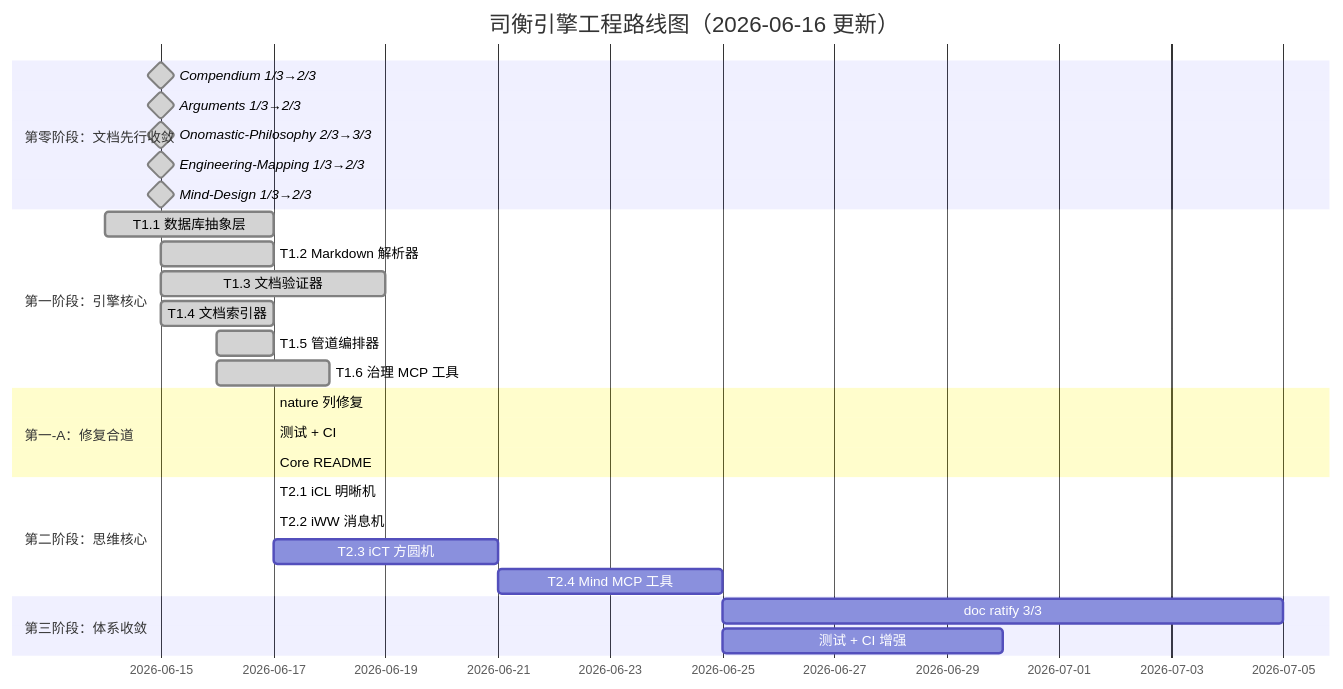
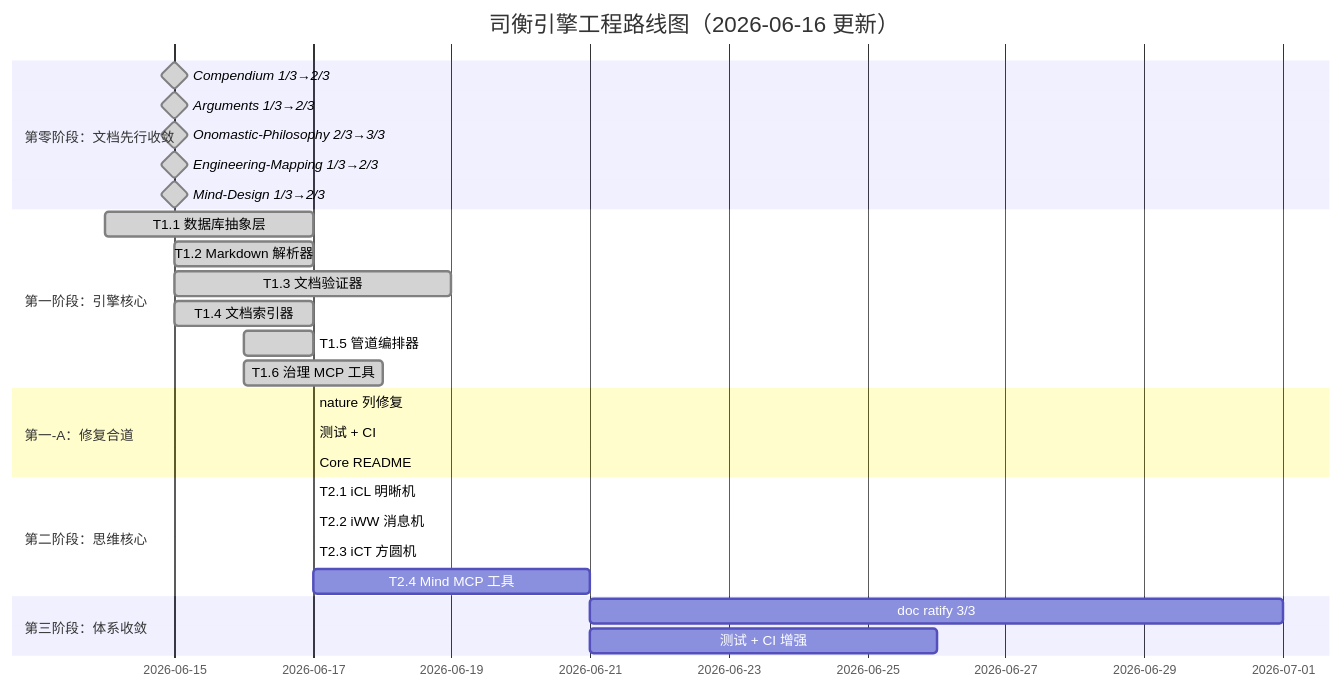
The third of 3 diagrams in docs/specs/engineering/SiHankor-Engine-Roadmap.sih.md (sgmov/sihankor), drawn with Mermaid before and after one commit. The commit also changed other lines of this file and 3 other files, not shown here.

````diff
--- a/docs/specs/engineering/SiHankor-Engine-Roadmap.sih.md
+++ b/docs/specs/engineering/SiHankor-Engine-Roadmap.sih.md
@@ -378,30 +379,30 @@
 ```mermaid
 gantt
     title 司衡引擎工程路线图（2026-06-16 更新）
     dateFormat  YYYY-MM-DD
     section 第零阶段：文档先行收敛
     Compendium 1/3→2/3          :milestone, done, d1, 2026-06-15, 0d
     Arguments 1/3→2/3           :milestone, done, d2, 2026-06-15, 0d
     Onomastic-Philosophy 2/3→3/3 :milestone, done, d3, 2026-06-15, 0d
     Engineering-Mapping 1/3→2/3  :milestone, done, d4, 2026-06-15, 0d
     Mind-Design 1/3→2/3         :milestone, done, d5, 2026-06-15, 0d
     section 第一阶段：引擎核心
     T1.1 数据库抽象层           :done, a1, 2026-06-14, 3d
     T1.2 Markdown 解析器         :done, a2, 2026-06-15, 2d
     T1.3 文档验证器              :done, a3, 2026-06-15, 4d
     T1.4 文档索引器              :done, a4, 2026-06-15, 2d
     T1.5 管道编排器              :done, a5, 2026-06-16, 1d
     T1.6 治理 MCP 工具           :done, a6, 2026-06-16, 2d
     section 第一-A：修复合道
     nature 列修复                :done, a7, 2026-06-17, 0d
     测试 + CI                    :done, a8, 2026-06-17, 0d
     Core README                  :done, a9, 2026-06-17, 0d
     section 第二阶段：思维核心
     T2.1 iCL 明晰机              :done, b1, 2026-06-17, 0d
     T2.2 iWW 消息机              :done, b2, 2026-06-17, 0d
-    T2.3 iCT 方圆机              :b3, after b2, 4d
+    T2.3 iCT 方圆机              :done, b3, 2026-06-17, 0d
     T2.4 Mind MCP 工具           :b4, after b3, 4d
     section 第三阶段：体系收敛
     doc ratify 3/3              :c1, after b4, 10d
     测试 + CI 增强              :c3, after b4, 5d
 ```
````
